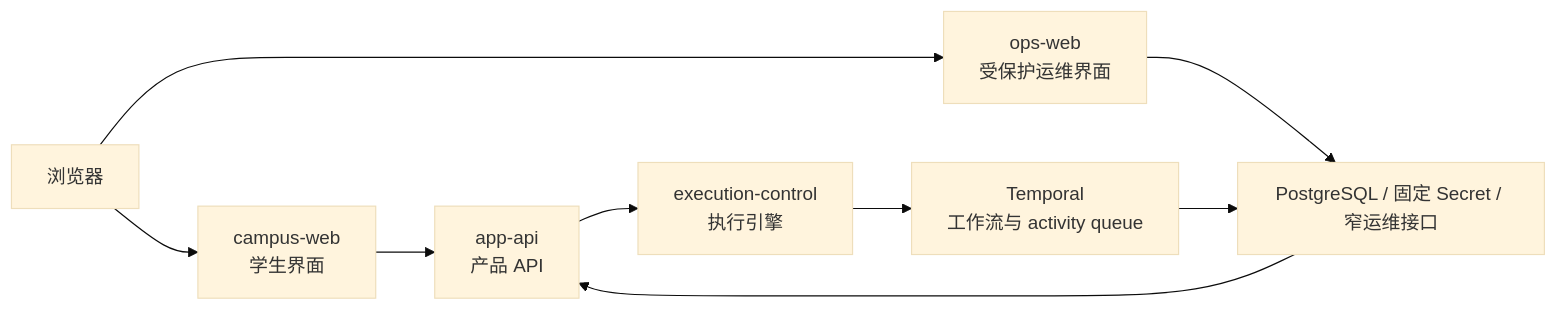
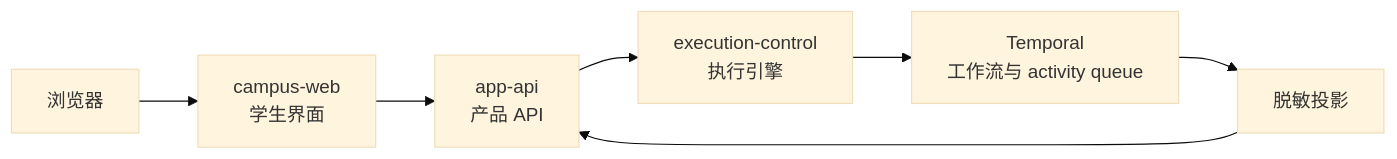
One commit to Luxfeier22331/campus-agent-main changed the first of 5 diagrams in docs/architecture/flows.md. Above: the diagram before and after it, drawn with Mermaid (base theme). The commit also changed 518 other files, not shown here.

````diff
--- a/docs/architecture/flows.md
+++ b/docs/architecture/flows.md
@@ -27,19 +27,16 @@
 ```mermaid
 flowchart LR
   Browser["浏览器"]
   CampusWeb["campus-web\n学生界面"]
-  OpsWeb["ops-web\n受保护运维界面"]
   AppAPI["app-api\n产品 API"]
   Exec["execution-control\n执行引擎"]
   Temporal["Temporal\n工作流与 activity queue"]
   Projection["脱敏投影"]
 
   Browser --> CampusWeb
-  Browser --> OpsWeb
   CampusWeb --> AppAPI
-  OpsWeb --> Projection["PostgreSQL / 固定 Secret / 窄运维接口"]
   AppAPI --> Exec
   Exec --> Temporal
   Temporal --> Projection
   Projection --> AppAPI
 ```
````
